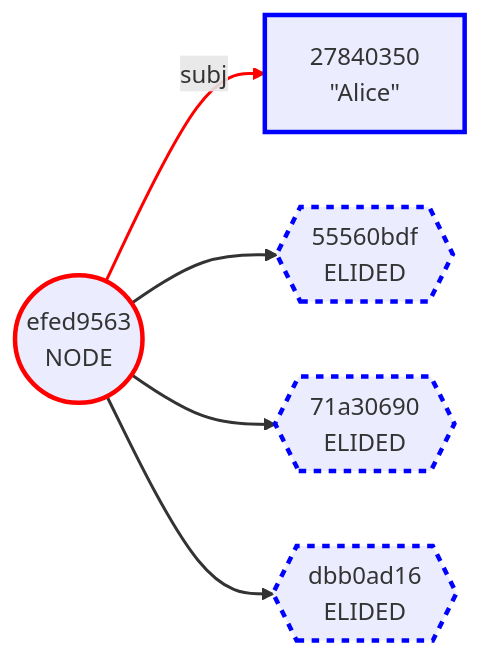
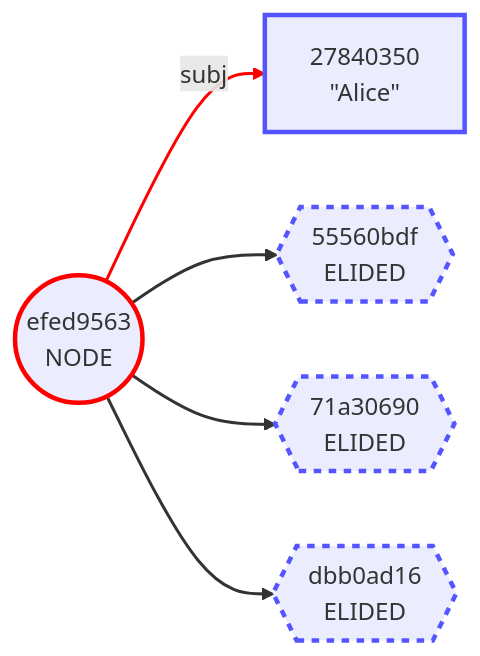
One commit to BlockchainCommons/BCSwiftSecureComponents changed the seventh of 12 diagrams in Docs/04-MERMAID-OUTPUT.md. Above: the diagram before and after it, drawn with Mermaid. The commit also changed other lines of this file and 1 other file, not shown here.

Commit message:
Refined blue for Mermaid output.

````diff
--- a/Docs/04-MERMAID-OUTPUT.md
+++ b/Docs/04-MERMAID-OUTPUT.md
@@ -242,21 +242,21 @@
 ```mermaid
 graph LR
     1(("efed9563<br/>NODE"))
     2["27840350<br/>#quot;Alice#quot;"]
     3{{"55560bdf<br/>ELIDED"}}
     4{{"71a30690<br/>ELIDED"}}
     5{{"dbb0ad16<br/>ELIDED"}}
     1 -->|subj| 2
     1 --> 3
     1 --> 4
     1 --> 5
     style 1 stroke:red,stroke-width:3.0px
-    style 2 stroke:blue,stroke-width:3.0px
-    style 3 stroke:blue,stroke-width:3.0px,stroke-dasharray:5.0 5.0
-    style 4 stroke:blue,stroke-width:3.0px,stroke-dasharray:5.0 5.0
-    style 5 stroke:blue,stroke-width:3.0px,stroke-dasharray:5.0 5.0
+    style 2 stroke:#55f,stroke-width:3.0px
+    style 3 stroke:#55f,stroke-width:3.0px,stroke-dasharray:5.0 5.0
+    style 4 stroke:#55f,stroke-width:3.0px,stroke-dasharray:5.0 5.0
+    style 5 stroke:#55f,stroke-width:3.0px,stroke-dasharray:5.0 5.0
     linkStyle 0 stroke:red,stroke-width:2.0px
     linkStyle 1 stroke-width:2.0px
     linkStyle 2 stroke-width:2.0px
     linkStyle 3 stroke-width:2.0px
 ```
````
